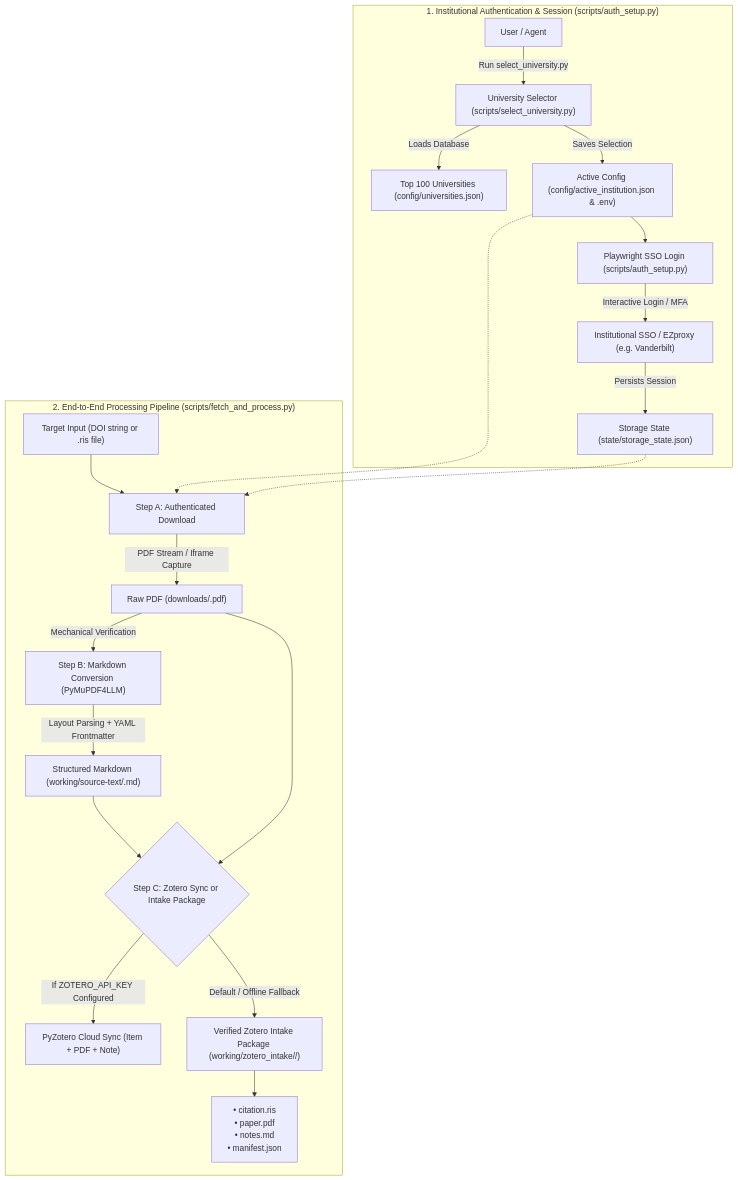
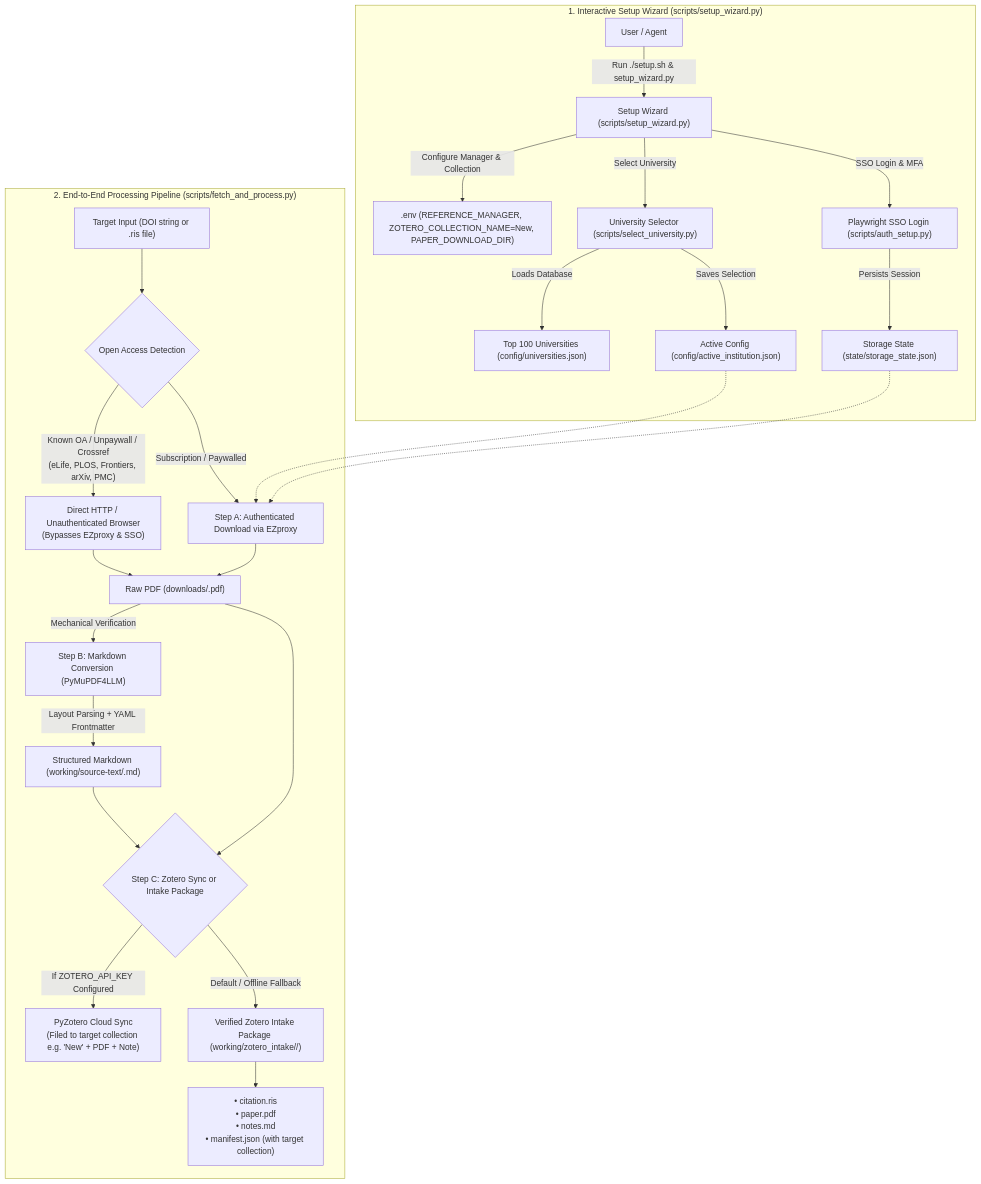
The diagram in README.md (lgarbar/literature-research-skills), drawn with Mermaid before and after one commit. The commit also changed other lines of this file and 8 other files, not shown here.

Commit message:
feat(onboarding): add interactive setup wizard, Zotero collection targeting, and setup docs

````diff
--- a/README.md
+++ b/README.md
@@ -49,27 +49,33 @@
 ```mermaid
 flowchart TD
-    subgraph AuthSession["1. Institutional Authentication & Session (scripts/auth_setup.py)"]
-        User["User / Agent"] -->|"Run select_university.py"| Selector["University Selector (scripts/select_university.py)"]
+    subgraph Onboarding["1. Interactive Setup Wizard (scripts/setup_wizard.py)"]
+        User["User / Agent"] -->|"Run ./setup.sh & setup_wizard.py"| Wizard["Setup Wizard (scripts/setup_wizard.py)"]
+        Wizard -->|"Configure Manager & Collection"| EnvConfig[".env (REFERENCE_MANAGER, ZOTERO_COLLECTION_NAME=New, PAPER_DOWNLOAD_DIR)"]
+        Wizard -->|"Select University"| Selector["University Selector (scripts/select_university.py)"]
         Selector -->|"Loads Database"| UniDB["Top 100 Universities (config/universities.json)"]
-        Selector -->|"Saves Selection"| Config["Active Config (config/active_institution.json & .env)"]
-        Config --> Auth["Playwright SSO Login (scripts/auth_setup.py)"]
-        Auth -->|"Interactive Login / MFA"| IdP["Institutional SSO / EZproxy (e.g. Vanderbilt)"]
-        IdP -->|"Persists Session"| SessionState["Storage State (state/storage_state.json)"]
+        Selector -->|"Saves Selection"| Config["Active Config (config/active_institution.json)"]
+        Wizard -->|"SSO Login & MFA"| Auth["Playwright SSO Login (scripts/auth_setup.py)"]
+        Auth -->|"Persists Session"| SessionState["Storage State (state/storage_state.json)"]
     end
 
     subgraph Pipeline["2. End-to-End Processing Pipeline (scripts/fetch_and_process.py)"]
-        Input["Target Input (DOI string or .ris file)"] --> StepA["Step A: Authenticated Download"]
+        Input["Target Input (DOI string or .ris file)"] --> OADetect{"Open Access Detection"}
+        OADetect -->|"Known OA / Unpaywall / Crossref\n(eLife, PLOS, Frontiers, arXiv, PMC)"| DirectHTTP["Direct HTTP / Unauthenticated Browser\n(Bypasses EZproxy & SSO)"]
+        OADetect -->|"Subscription / Paywalled"| StepA["Step A: Authenticated Download via EZproxy"]
         Config -.-> StepA
         SessionState -.-> StepA
-        StepA -->|"PDF Stream / Iframe Capture"| RawPDF["Raw PDF (downloads/<doi>.pdf)"]
+        
+        DirectHTTP --> RawPDF["Raw PDF (downloads/<doi>.pdf)"]
+        StepA --> RawPDF
+        
         RawPDF -->|"Mechanical Verification"| StepB["Step B: Markdown Conversion (PyMuPDF4LLM)"]
         StepB -->|"Layout Parsing + YAML Frontmatter"| SourceMD["Structured Markdown (working/source-text/<doi>.md)"]
         
         SourceMD --> StepC{"Step C: Zotero Sync or Intake Package"}
         RawPDF --> StepC
         
-        StepC -->|"If ZOTERO_API_KEY Configured"| ZoteroCloud["PyZotero Cloud Sync (Item + PDF + Note)"]
+        StepC -->|"If ZOTERO_API_KEY Configured"| ZoteroCloud["PyZotero Cloud Sync\n(Filed to target collection e.g. 'New' + PDF + Note)"]
         StepC -->|"Default / Offline Fallback"| IntakePkg["Verified Zotero Intake Package (working/zotero_intake/<doi>/)"]
-        IntakePkg --> IntakeFiles["• citation.ris\n• paper.pdf\n• notes.md\n• manifest.json"]
+        IntakePkg --> IntakeFiles["• citation.ris\n• paper.pdf\n• notes.md\n• manifest.json (with target collection)"]
     end
 ```
````
